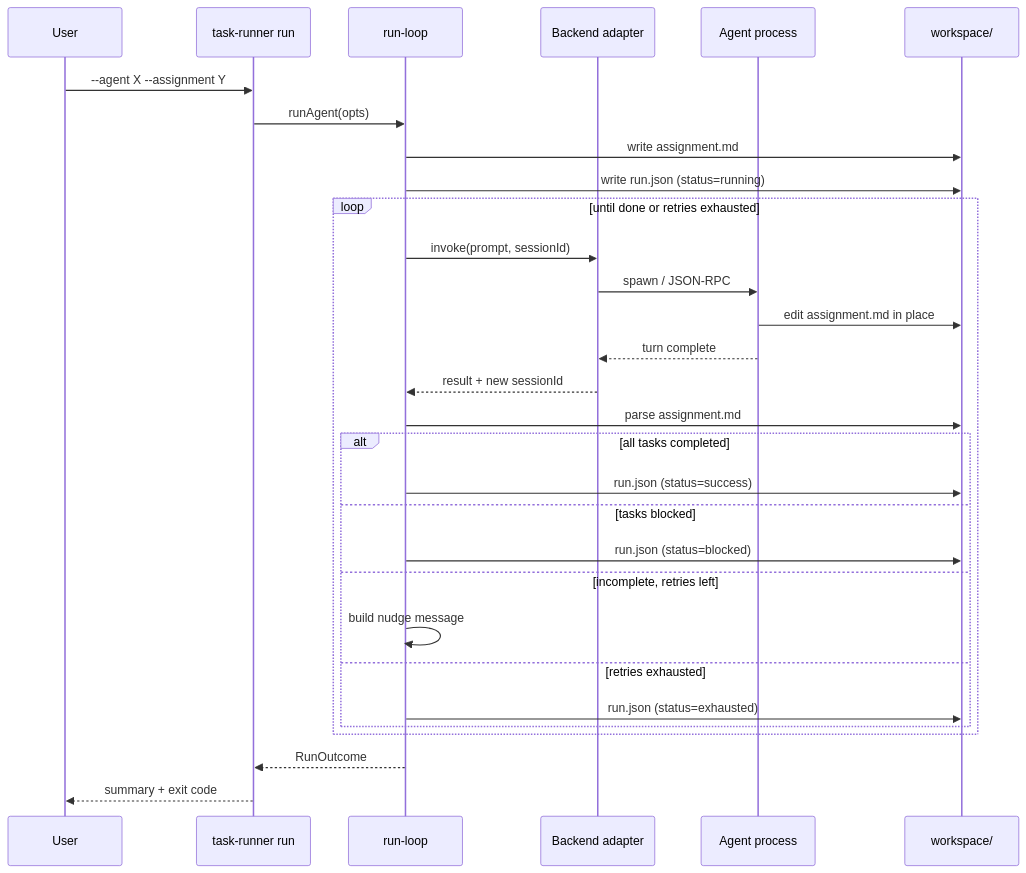
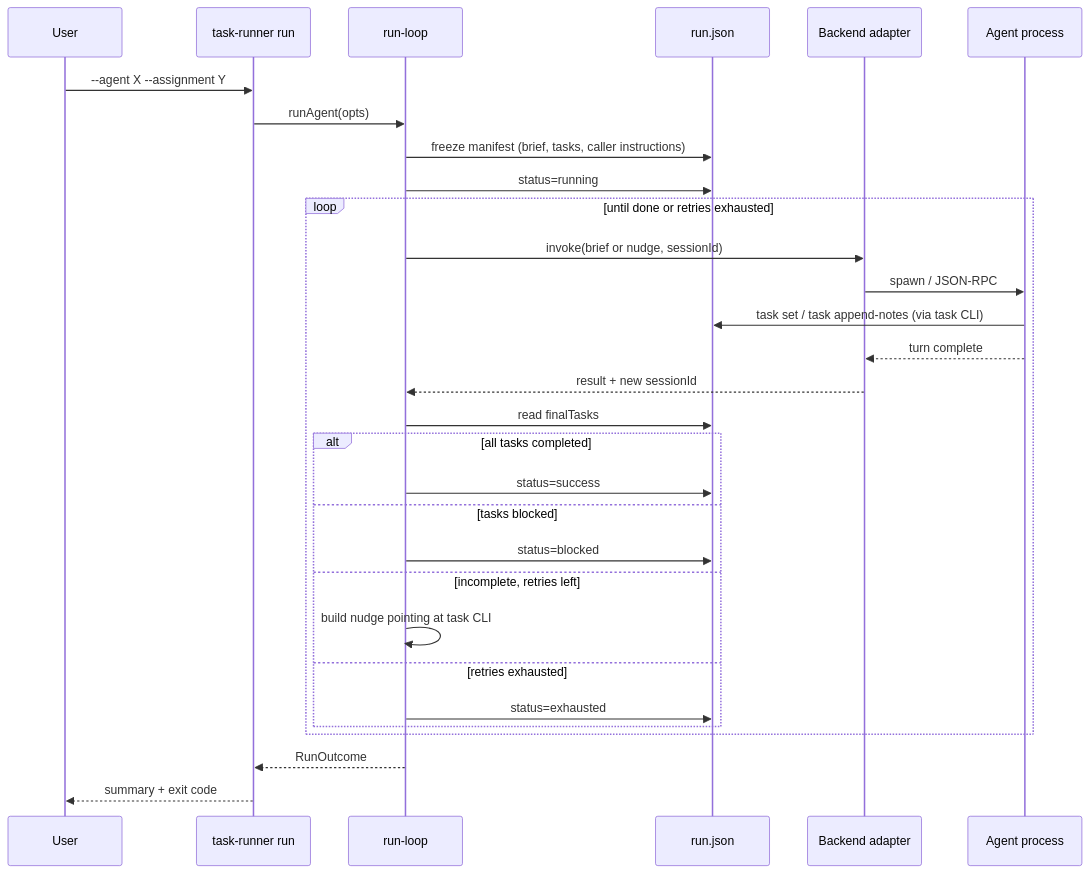
One commit to kcosr/agent-runner changed the second of 2 diagrams in docs/concepts.md. Above: the diagram before and after it, drawn with Mermaid. The commit also changed other lines of this file and 11 other files, not shown here.

Commit message:
Refresh docs for brief-first task workflow

````diff
--- a/docs/concepts.md
+++ b/docs/concepts.md
@@ -49,32 +58,32 @@
 ```mermaid
 sequenceDiagram
     participant User
     participant CLI as task-runner run
     participant Runner as run-loop
+    participant Manifest as run.json
     participant Backend as Backend adapter
     participant Agent as Agent process
-    participant WS as workspace/
     User->>CLI: --agent X --assignment Y
     CLI->>Runner: runAgent(opts)
-    Runner->>WS: write assignment.md
-    Runner->>WS: write run.json (status=running)
+    Runner->>Manifest: freeze manifest (brief, tasks, caller instructions)
+    Runner->>Manifest: status=running
     loop until done or retries exhausted
-        Runner->>Backend: invoke(prompt, sessionId)
+        Runner->>Backend: invoke(brief or nudge, sessionId)
         Backend->>Agent: spawn / JSON-RPC
-        Agent->>WS: edit assignment.md in place
+        Agent->>Manifest: task set / task append-notes (via task CLI)
         Agent-->>Backend: turn complete
         Backend-->>Runner: result + new sessionId
-        Runner->>WS: parse assignment.md
+        Runner->>Manifest: read finalTasks
         alt all tasks completed
-            Runner->>WS: run.json (status=success)
+            Runner->>Manifest: status=success
         else tasks blocked
-            Runner->>WS: run.json (status=blocked)
+            Runner->>Manifest: status=blocked
         else incomplete, retries left
-            Runner->>Runner: build nudge message
+            Runner->>Runner: build nudge pointing at task CLI
         else retries exhausted
-            Runner->>WS: run.json (status=exhausted)
+            Runner->>Manifest: status=exhausted
         end
     end
     Runner-->>CLI: RunOutcome
     CLI-->>User: summary + exit code
 ```
````
